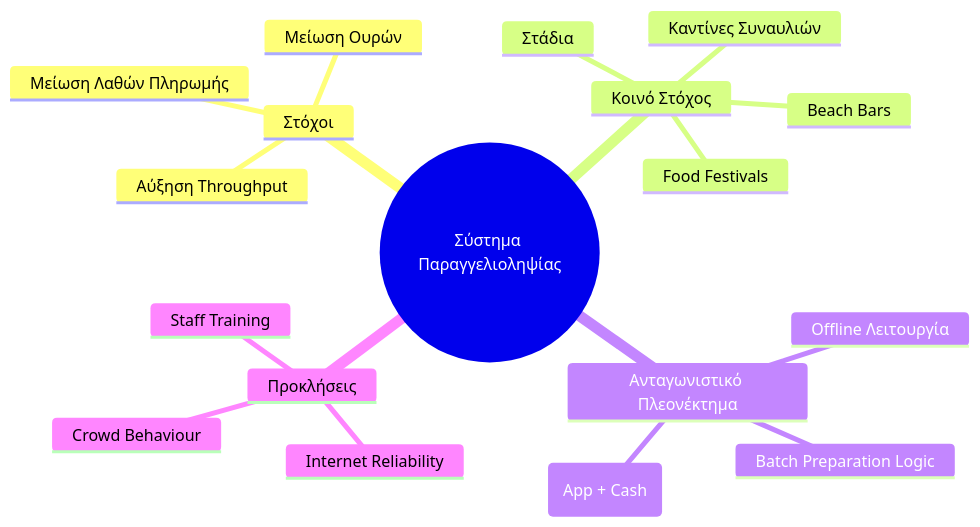
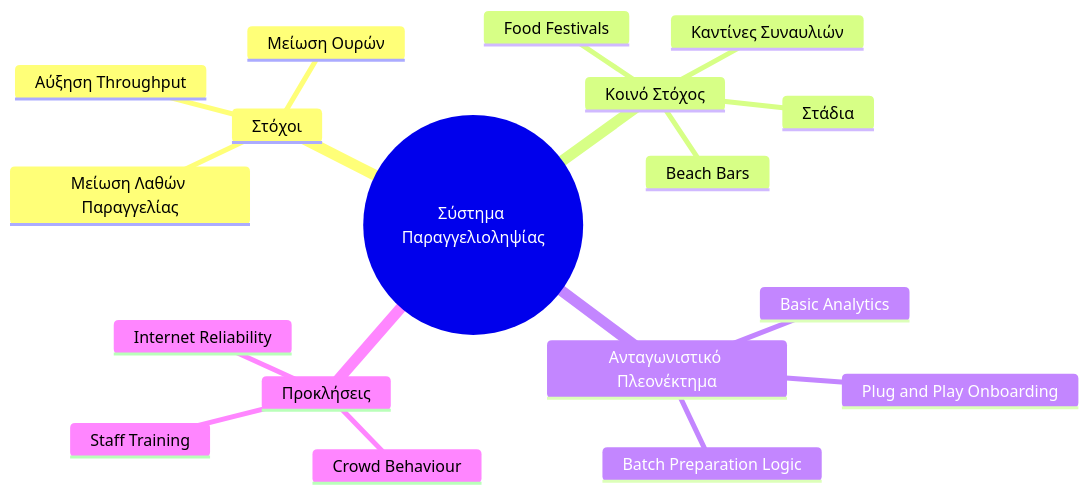
The second of 2 diagrams in business/market_strategy.md (dolly450/orderly_docs), drawn with Mermaid before and after one commit. The commit also changed 3 other files, not shown here.

````diff
--- a/business/market_strategy.md
+++ b/business/market_strategy.md
@@ -54,21 +54,21 @@
 ```mermaid
 mindmap
   root((Σύστημα Παραγγελιοληψίας))
     Στόχοι
       Αύξηση Throughput
       Μείωση Ουρών
-      Μείωση Λαθών Πληρωμής
+      Μείωση Λαθών Παραγγελίας
     Κοινό Στόχος
       Beach Bars
       Καντίνες Συναυλιών
       Food Festivals
       Στάδια
     Ανταγωνιστικό Πλεονέκτημα
-      Offline Λειτουργία
+      Plug and Play Onboarding
+      Basic Analytics
       Batch Preparation Logic
-      Υβριδική Πληρωμή (App + Cash)
     Προκλήσεις
       Crowd Behaviour
       Internet Reliability
       Staff Training
 ```
````
